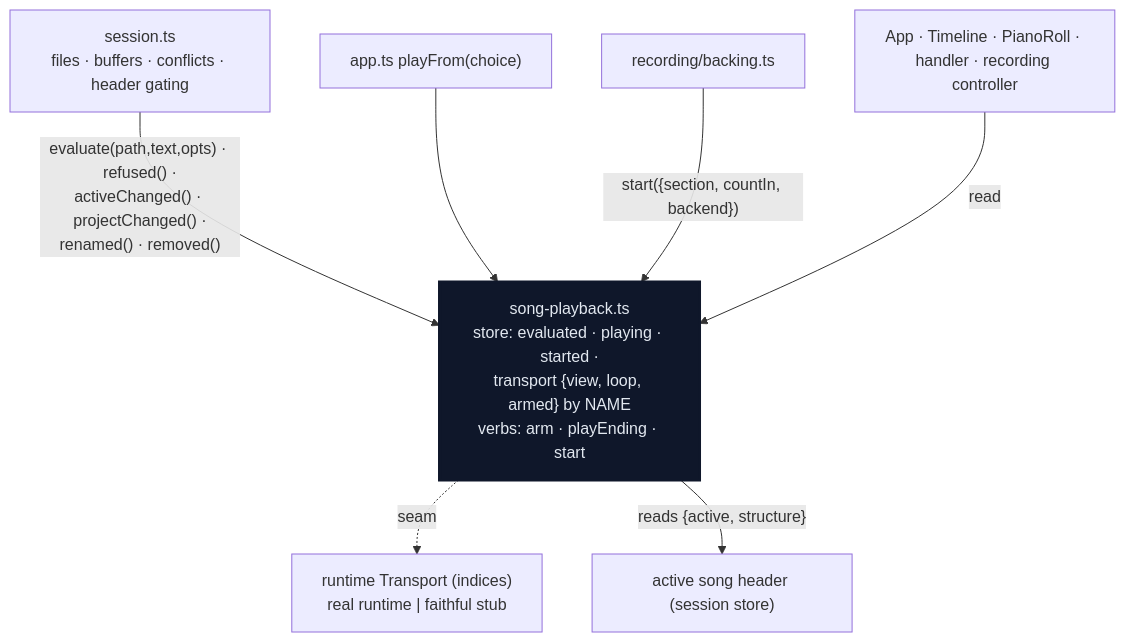
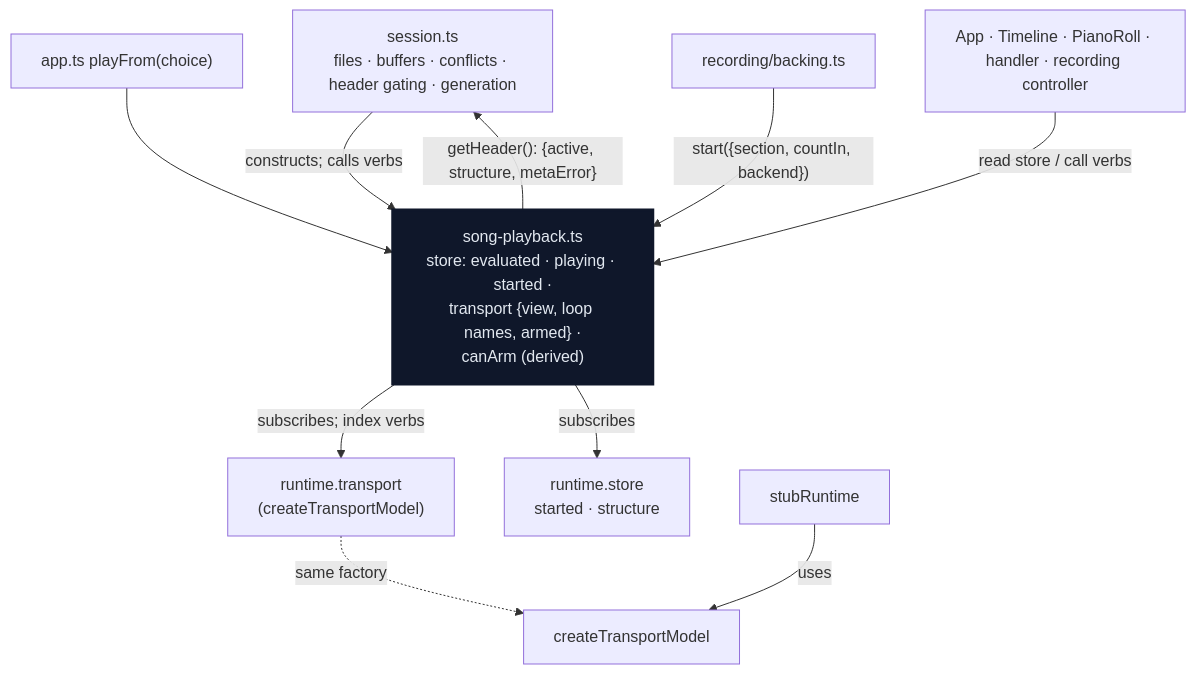
Before and after one commit to rudoi/strudeland: the diagram in plans/0114-song-playback-module.md, drawn with Mermaid. The commit also changed other lines of this file and 5 other files, not shown here.

Commit message:
plan(project): refine and sequence the song playback module

````diff
--- a/plans/0114-song-playback-module.md
+++ b/plans/0114-song-playback-module.md
@@ -73,12 +77,15 @@
 ```mermaid
 flowchart TB
-  S["session.ts<br/>files · buffers · conflicts · header gating"] -->|"evaluate(path,text,opts) · refused() ·<br/>activeChanged() · projectChanged() ·<br/>renamed() · removed()"| P
+  S["session.ts<br/>files · buffers · conflicts · header gating · generation"] -->|"constructs; calls verbs"| P
   APP["app.ts playFrom(choice)"] --> P
   B["recording/backing.ts"] -->|"start({section, countIn, backend})"| P
-  P["song-playback.ts<br/>store: evaluated · playing · started ·<br/>transport {view, loop, armed} by NAME<br/>verbs: arm · playEnding · start"]
-  P -.seam.-> R["runtime Transport (indices)<br/>real runtime | faithful stub"]
-  P -->|"reads {active, structure}"| HDR["active song header (session store)"]
-  UI["App · Timeline · PianoRoll · handler · recording controller"] -->|read| P
+  P["song-playback.ts<br/>store: evaluated · playing · started ·<br/>transport {view, loop names, armed} ·<br/>canArm (derived)"]
+  P -->|"subscribes; index verbs"| T["runtime.transport<br/>(createTransportModel)"]
+  P -->|subscribes| RS["runtime.store<br/>started · structure"]
+  P -->|"getHeader(): {active, structure, metaError}"| S
+  UI["App · Timeline · PianoRoll · handler · recording controller"] -->|"read store / call verbs"| P
+  STUB["stubRuntime"] -->|uses| TM["createTransportModel"]
+  T -.same factory.-> TM
   classDef deep fill:#0f172a,color:#e2e8f0,stroke:#0f172a,stroke-width:3px;
   class P deep
 ```
````
